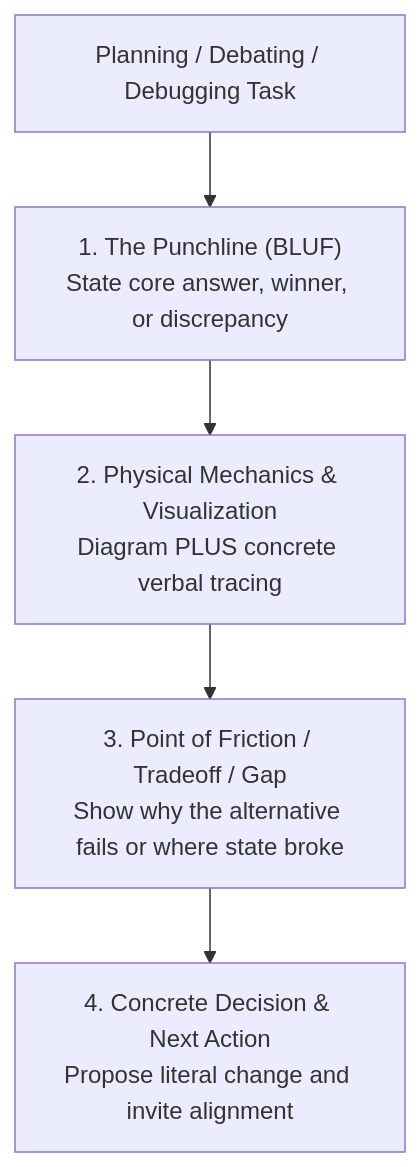
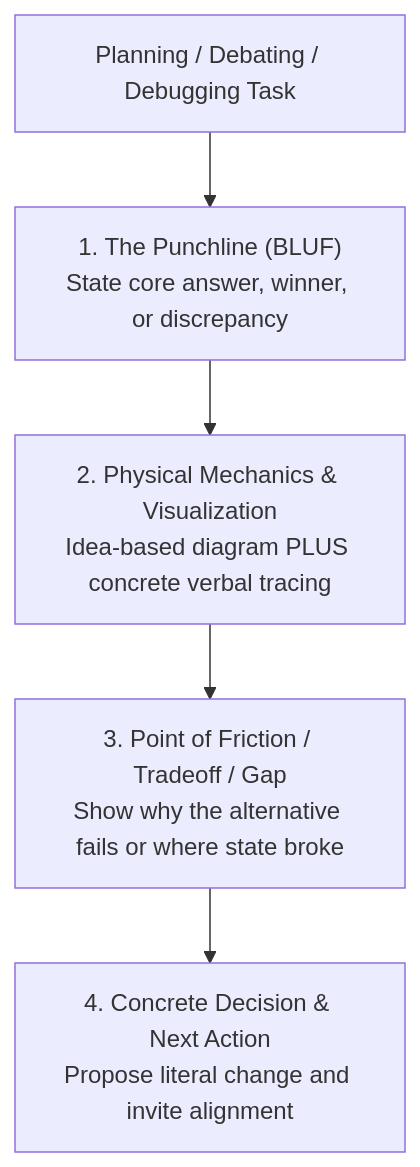
Before and after one commit to loerei/myskills: the diagram in productivity/your-co-engineer-for-this-jet-engine-is-an-infant/SKILL.md, drawn with Mermaid. The commit also changed other lines of this file and 1 other file, not shown here.

Commit message:
feat(skills): enshrine ideology 'explain through idea of tech terms' and ban raw code dumps in diagram nodes

````diff
--- a/productivity/your-co-engineer-for-this-jet-engine-is-an-infant/SKILL.md
+++ b/productivity/your-co-engineer-for-this-jet-engine-is-an-infant/SKILL.md
@@ -18,7 +18,7 @@
 ```mermaid
 flowchart TD
     Start["Planning / Debating / Debugging Task"] --> Step1["1. The Punchline (BLUF)<br/>State core answer, winner, or discrepancy"]
-    Step1 --> Step2["2. Physical Mechanics & Visualization<br/>Diagram PLUS concrete verbal tracing"]
+    Step1 --> Step2["2. Physical Mechanics & Visualization<br/>Idea-based diagram PLUS concrete verbal tracing"]
     Step2 --> Step3["3. Point of Friction / Tradeoff / Gap<br/>Show why the alternative fails or where state broke"]
     Step3 --> Step4["4. Concrete Decision & Next Action<br/>Propose literal change and invite alignment"]
 ```
````
